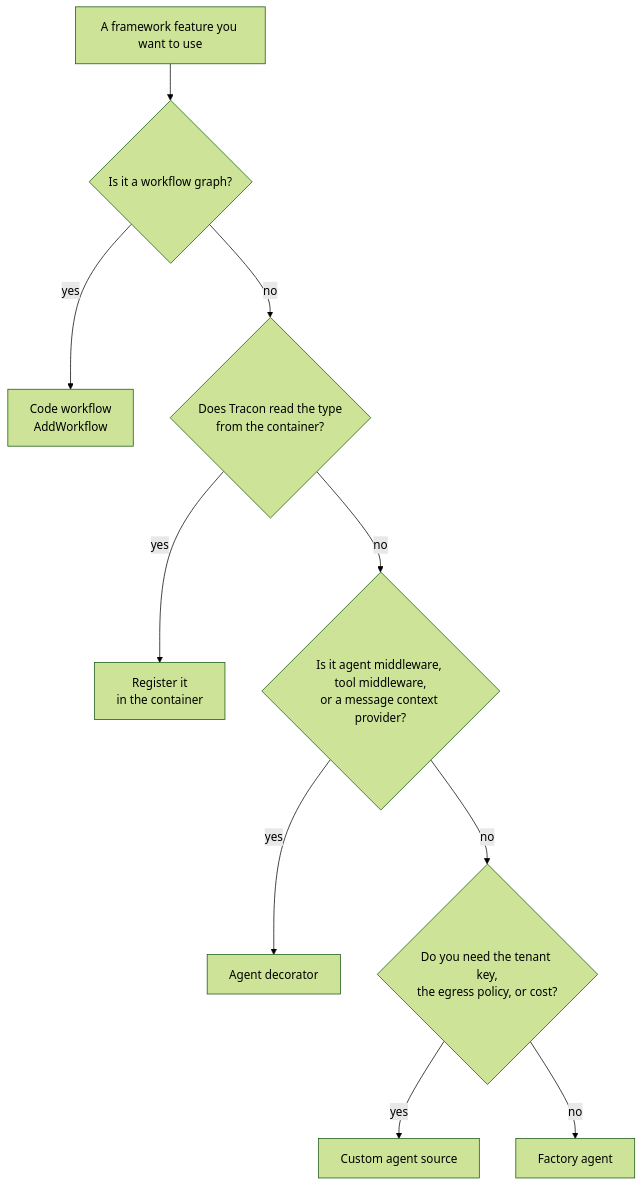
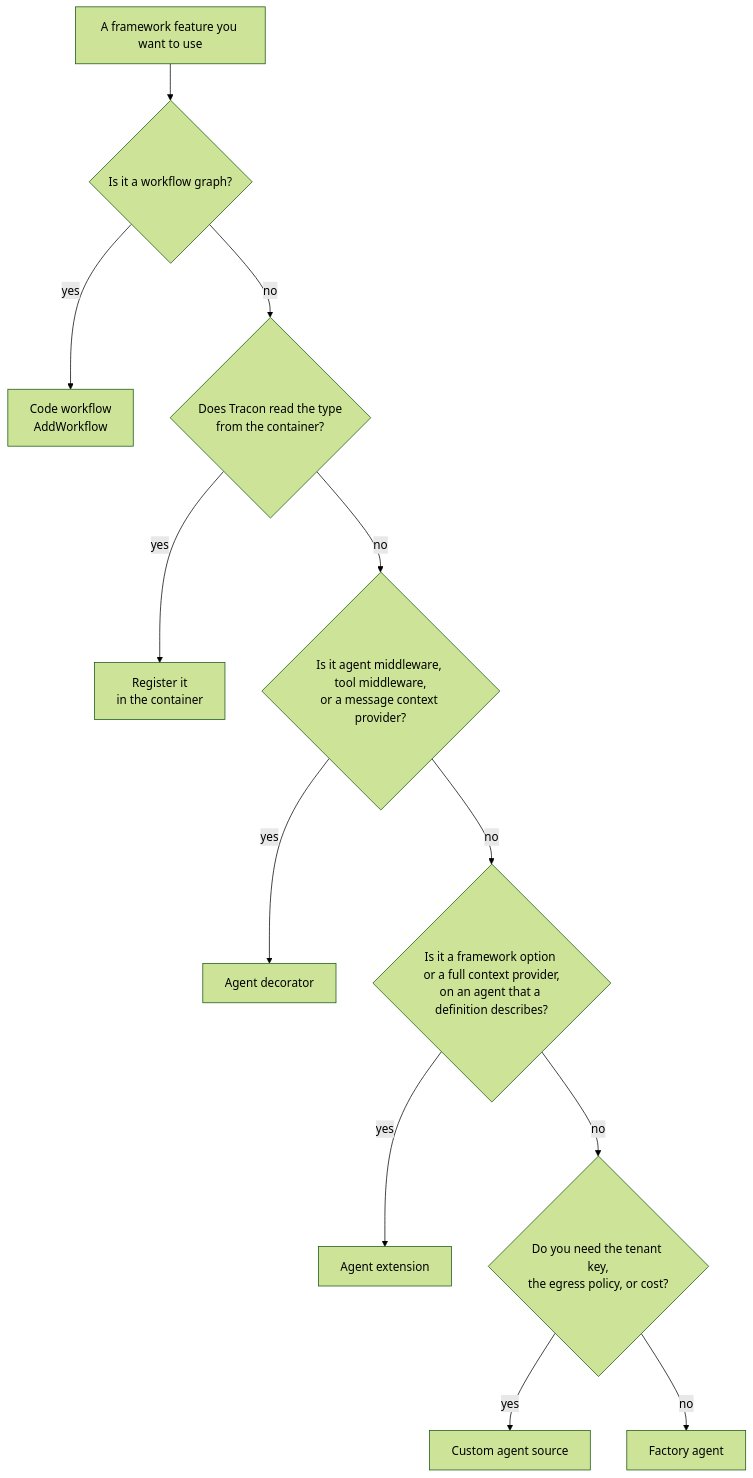
The diagram in docs-site/src/content/docs/guides/any-maf-feature.md (farukatasoy/Tracon), drawn with Mermaid (forest theme) before and after one commit. The commit also changed other lines of this file and 85 other files, not shown here.

Commit message:
feat(agents): select named agent extensions that reach MAF options on a compiled agent

````diff
--- a/docs-site/src/content/docs/guides/any-maf-feature.md
+++ b/docs-site/src/content/docs/guides/any-maf-feature.md
@@ -37,14 +38,16 @@
 ```mermaid
 flowchart TD
     accTitle: Which door reaches a framework feature
-    accDescr: A decision tree. A workflow graph goes to a code workflow. A Microsoft.Extensions.AI type that Tracon reads from the container is registered in the container. Agent middleware, tool middleware, or a message context provider goes in an agent decorator. Anything else needs an agent that code builds. If you need the tenant key, the egress policy, or cost, use a custom agent source. If you do not, use a factory agent.
+    accDescr: A decision tree. A workflow graph goes to a code workflow. A Microsoft.Extensions.AI type that Tracon reads from the container is registered in the container. Agent middleware, tool middleware, or a message context provider goes in an agent decorator. A framework option or a full context provider on an agent that a definition describes goes in an agent extension. Anything else needs an agent that code builds. If you need the tenant key, the egress policy, or cost, use a custom agent source. If you do not, use a factory agent.
     START["A framework feature you want to use"] --> GRAPH{"Is it a workflow graph?"}
     GRAPH -->|yes| WF["Code workflow<br/>AddWorkflow"]
     GRAPH -->|no| DI{"Does Tracon read the type<br/>from the container?"}
     DI -->|yes| REG["Register it<br/>in the container"]
     DI -->|no| MW{"Is it agent middleware, tool middleware,<br/>or a message context provider?"}
     MW -->|yes| DEC["Agent decorator"]
-    MW -->|no| KEY{"Do you need the tenant key,<br/>the egress policy, or cost?"}
+    MW -->|no| OPT{"Is it a framework option or a full context provider,<br/>on an agent that a definition describes?"}
+    OPT -->|yes| EXT["Agent extension"]
+    OPT -->|no| KEY{"Do you need the tenant key,<br/>the egress policy, or cost?"}
     KEY -->|yes| SRC["Custom agent source"]
     KEY -->|no| FAC["Factory agent"]
 ```
````
